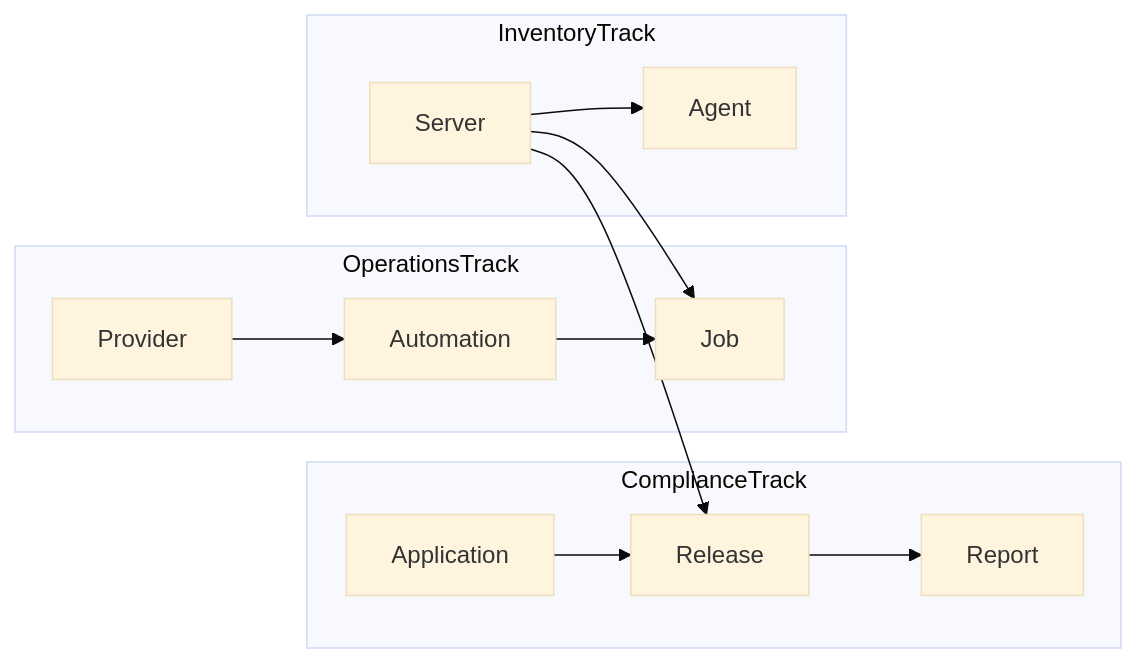
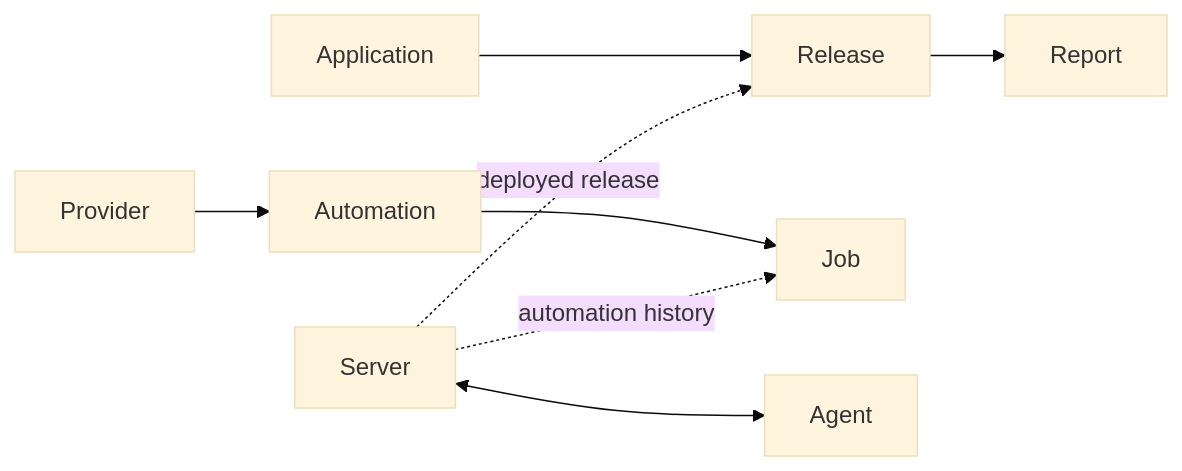
Before and after one commit to svetlyopet/heimdallr: the second of 2 diagrams in README.md, drawn with Mermaid (base theme). The commit also changed other lines of this file and 1 other file, not shown here.

````diff
--- a/README.md
+++ b/README.md
@@ -7,14 +67,8 @@
 ```mermaid
 flowchart LR
-  subgraph compliance [ComplianceTrack]
-    App[Application] --> Rel[Release] --> Rep[Report]
-  end
-  subgraph operations [OperationsTrack]
-    Prov[Provider] --> Auto[Automation] --> Job[Job]
-  end
-  subgraph inventory [InventoryTrack]
-    Srv[Server] --> Agt[Agent]
-    Srv --> Job
-    Srv --> Rel
-  end
+  Application --> Release --> Report
+  Provider --> Automation --> Job
+  Server <--> Agent
+  Server -. deployed release .-> Release
+  Server -. automation history .-> Job
 ```
````
